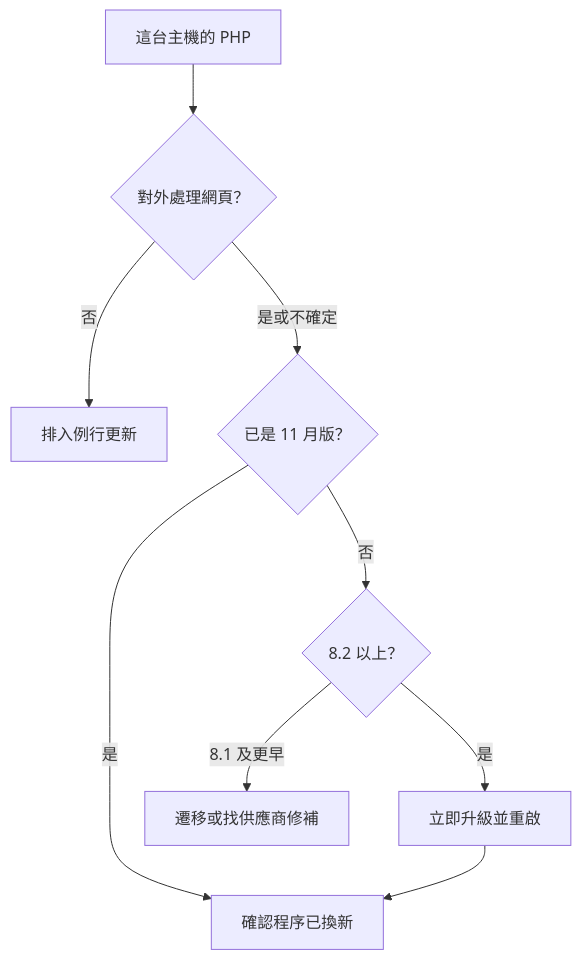
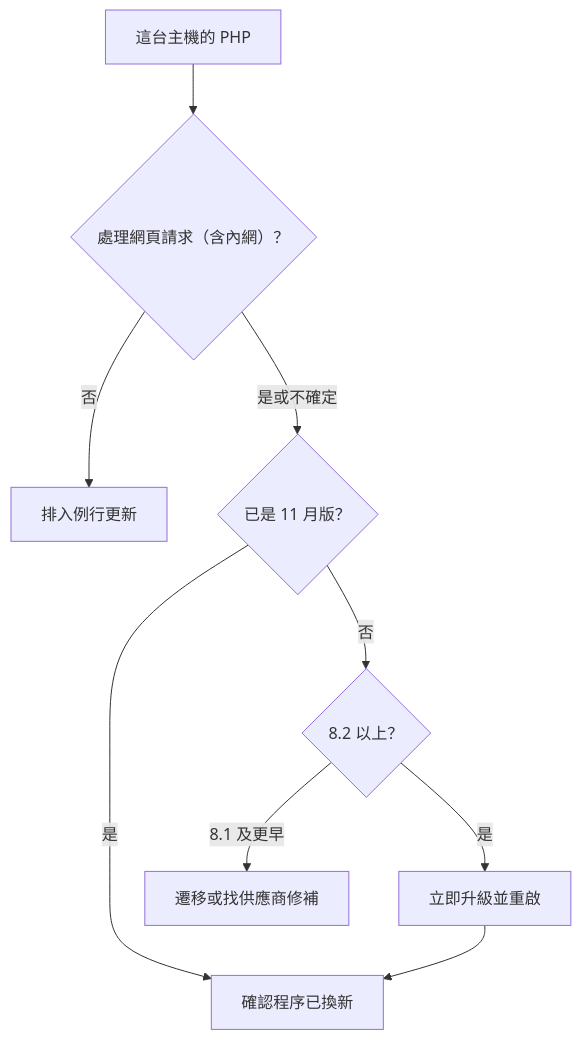
One commit to justmaocom/justmaocom.github.io changed the diagram in _posts/2026-11-23-php2shell-cve-2026-109618.md. Above: the diagram before and after it, drawn with Mermaid. The commit also changed other lines of this file and 2 other files, not shown here.

Commit message:
docs(posts): php2shell 校稿修正

````diff
--- a/_posts/2026-11-23-php2shell-cve-2026-109618.md
+++ b/_posts/2026-11-23-php2shell-cve-2026-109618.md
@@ -23,11 +23,11 @@
 ```mermaid
 flowchart TD
-  A[這台主機的 PHP] --> B{"對外處理網頁？"}
+  A[這台主機的 PHP] --> B{"處理網頁請求（含內網）？"}
   B -->|否| C[排入例行更新]
   B -->|"是或不確定"| D{"已是 11 月版？"}
   D -->|是| E[確認程序已換新]
   D -->|否| F{"8.2 以上？"}
   F -->|是| G[立即升級並重啟]
   F -->|"8.1 及更早"| H[遷移或找供應商修補]
   G --> E
 ```
````
